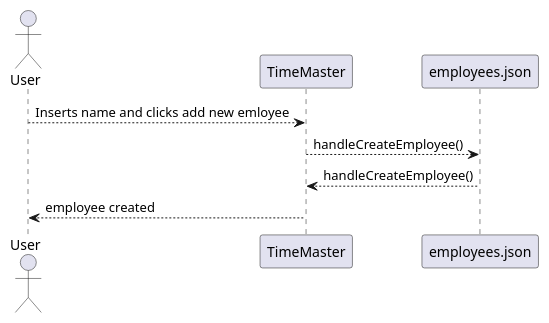
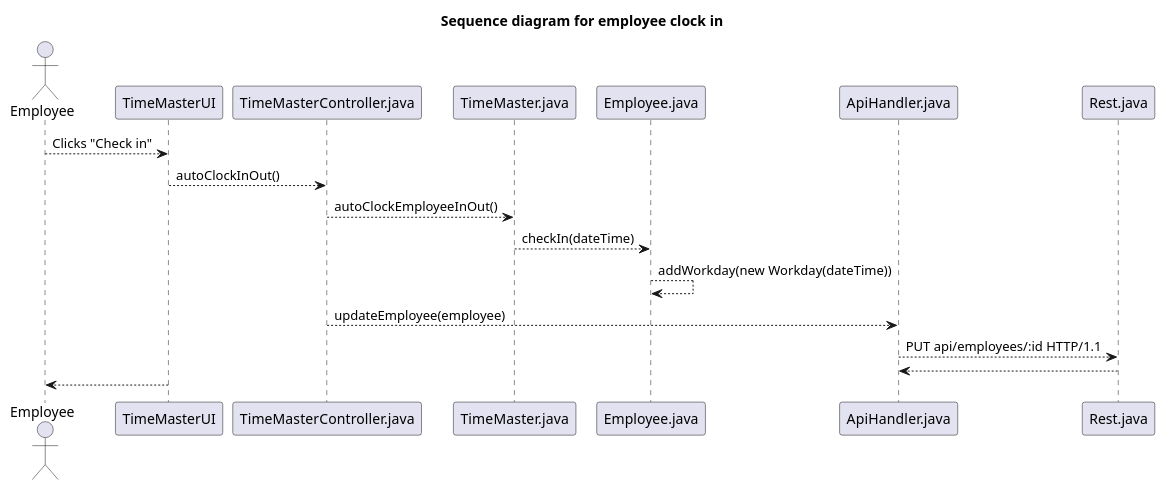
One commit to sleipner01/TimeMaster changed the diagram in docs/diagrams/sequencediagram.plantuml. Above: the diagram before and after it, drawn with PlantUML.

Commit message:
Draft sequence diagram

```diff
--- a/docs/diagrams/sequencediagram.plantuml
+++ b/docs/diagrams/sequencediagram.plantuml
@@ -1,10 +1,17 @@
 @startuml Time Master
 
-actor User
+title Sequence diagram for employee clock in
+actor Employee
 
-User --> TimeMaster : Inserts name and clicks add new emloyee
-TimeMaster --> employees.json: handleCreateEmployee()
-employees.json --> TimeMaster : handleCreateEmployee()
-TimeMaster --> User : employee created
+Employee --> TimeMasterUI : Clicks "Check in"
+TimeMasterUI --> TimeMasterController.java : autoClockInOut()
+TimeMasterController.java --> TimeMaster.java : autoClockEmployeeInOut()
+TimeMaster.java --> Employee.java : checkIn(dateTime)
+Employee.java --> Employee.java : addWorkday(new Workday(dateTime))
+TimeMasterController.java --> ApiHandler.java : updateEmployee(employee)
+ApiHandler.java --> Rest.java : PUT api/employees/:id HTTP/1.1
+Rest.java --> ApiHandler.java : 
+
+TimeMasterUI --> Employee : 
 
 @enduml
```
